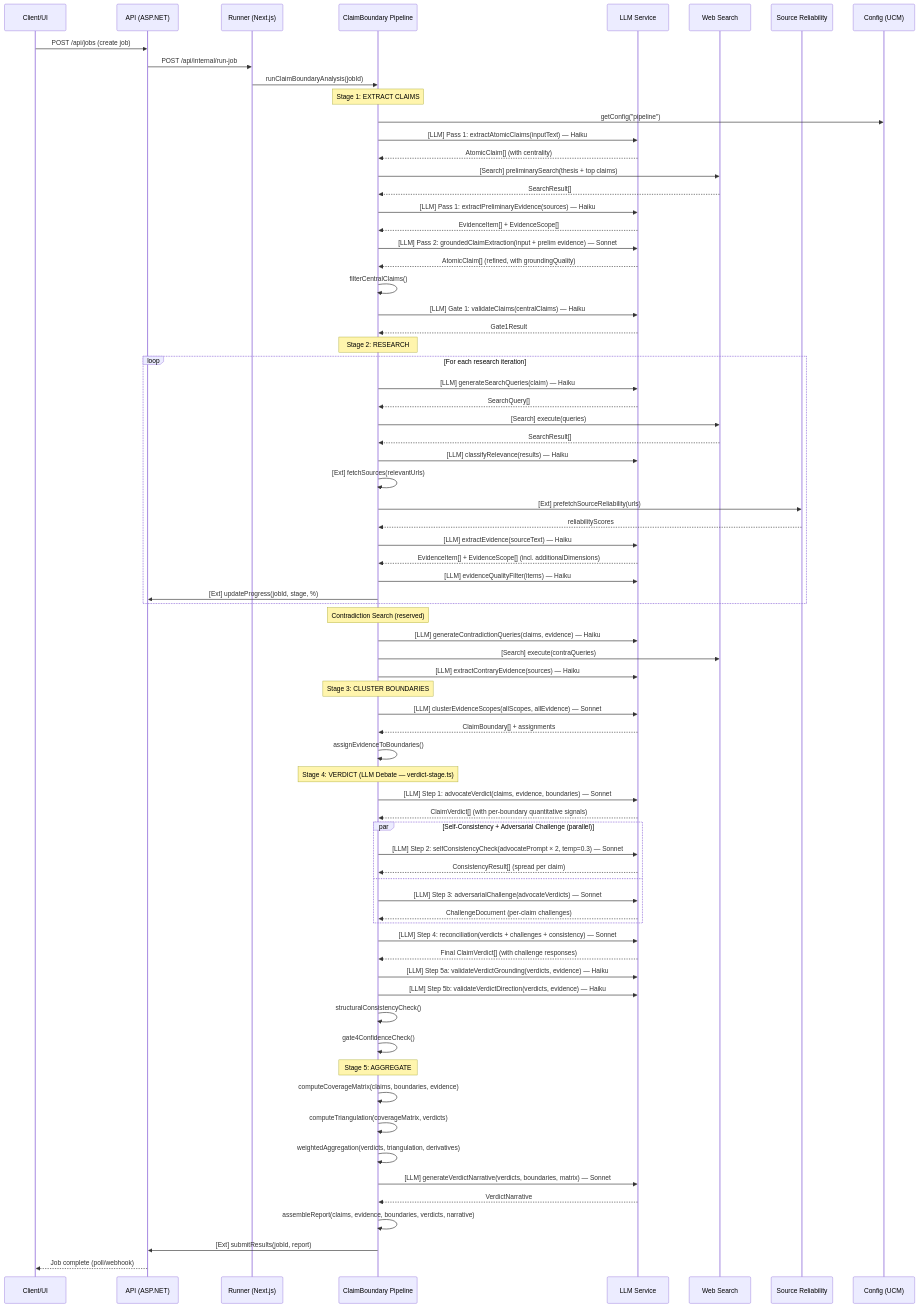
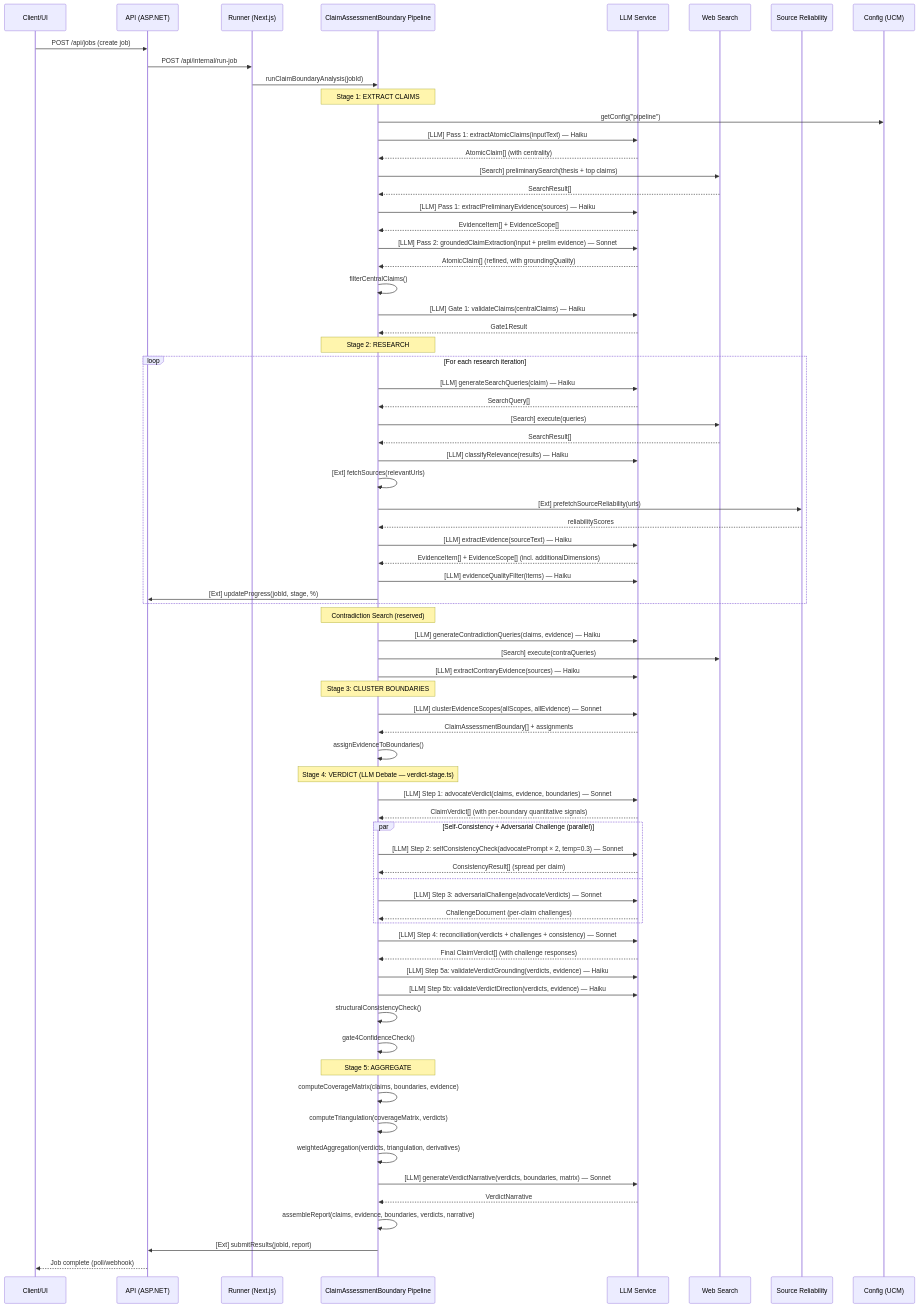
The fourth of 5 diagrams in Docs/WIP/ClaimBoundary_Pipeline_Architecture_2026-02-15.md (robertschaub/FactHarbor), drawn with Mermaid before and after one commit. The commit also changed other lines of this file and 17 other files, not shown here.

First line of the commit message:
refactor: rename ClaimBoundary → ClaimAssessmentBoundary (partial)

```diff
--- a/Docs/WIP/ClaimBoundary_Pipeline_Architecture_2026-02-15.md
+++ b/Docs/WIP/ClaimBoundary_Pipeline_Architecture_2026-02-15.md
@@ -471,7 +471,7 @@
     participant UI as Client/UI
     participant API as API (ASP.NET)
     participant Runner as Runner (Next.js)
-    participant Pipeline as ClaimBoundary Pipeline
+    participant Pipeline as ClaimAssessmentBoundary Pipeline
     participant LLM as LLM Service
     participant Search as Web Search
     participant SR as Source Reliability
@@ -518,7 +518,7 @@
 
     Note over Pipeline: Stage 3: CLUSTER BOUNDARIES
     Pipeline->>LLM: [LLM] clusterEvidenceScopes(allScopes, allEvidence) — Sonnet
-    LLM-->>Pipeline: ClaimBoundary[] + assignments
+    LLM-->>Pipeline: ClaimAssessmentBoundary[] + assignments
     Pipeline->>Pipeline: assignEvidenceToBoundaries()
 
     Note over Pipeline: Stage 4: VERDICT (LLM Debate — verdict-stage.ts)
```
